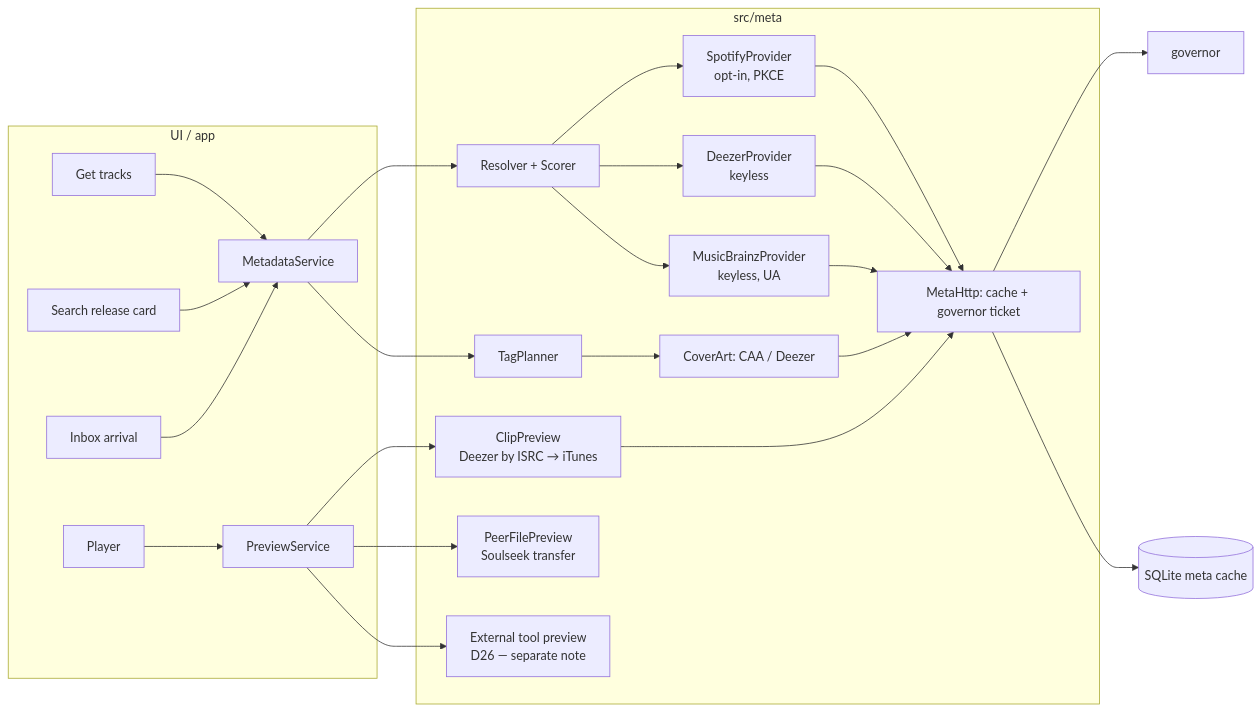
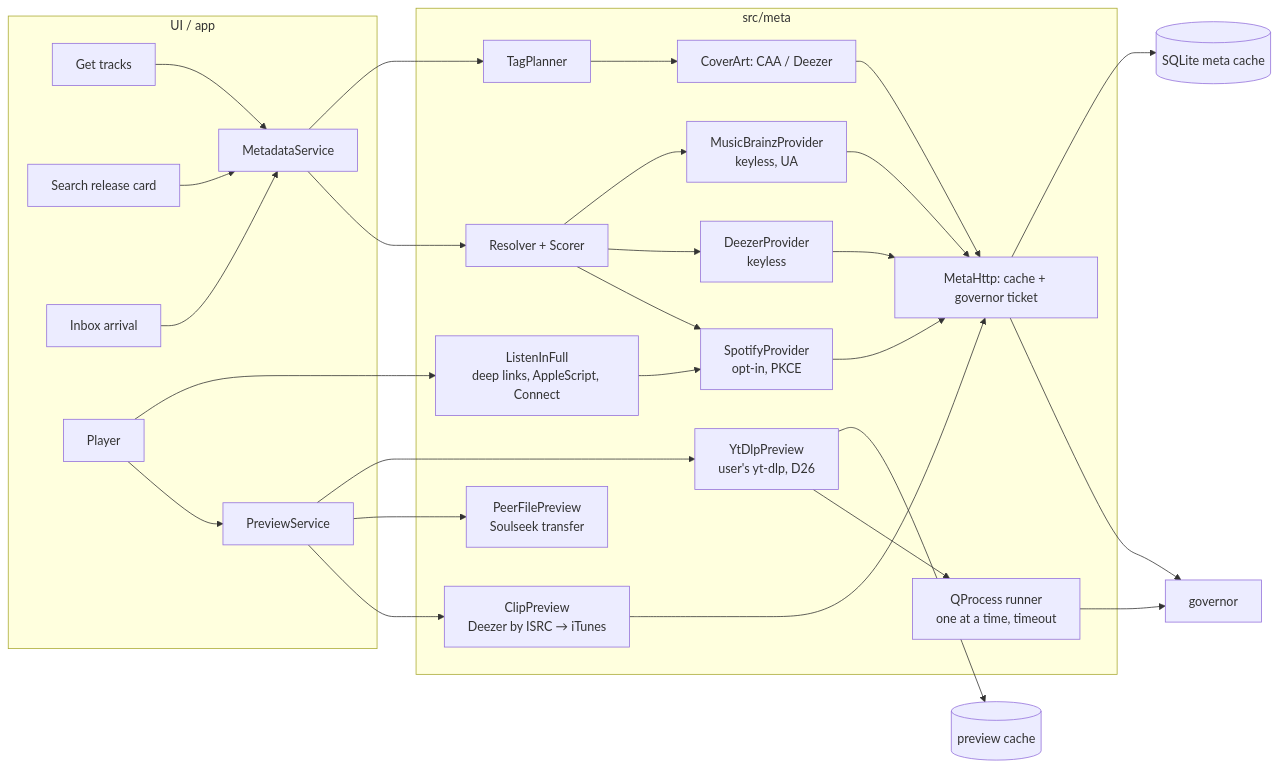
One commit to usr-ein/selecta changed the first of 2 diagrams in references/metadata-and-preview-services.md. Above: the diagram before and after it, drawn with Mermaid. The commit also changed other lines of this file, not shown here.

Commit message:
references: metadata-and-preview-services — implications updated: module design, budgets, TTLs, tag policies, privacy, risk, defaults, questions, experiments

````diff
--- a/references/metadata-and-preview-services.md
+++ b/references/metadata-and-preview-services.md
@@ -973,23 +973,28 @@
 ```mermaid
 flowchart LR
   subgraph app[UI / app]
     GT[Get tracks] --> MS
     SR[Search release card] --> MS
     IN[Inbox arrival] --> MS
     PL[Player] --> PS
   end
   subgraph meta[src/meta]
     MS[MetadataService] --> RES[Resolver + Scorer]
     RES --> SP[SpotifyProvider<br/>opt-in, PKCE]
     RES --> DZ[DeezerProvider<br/>keyless]
     RES --> MB[MusicBrainzProvider<br/>keyless, UA]
     MS --> TP[TagPlanner]
     TP --> CAA[CoverArt: CAA / Deezer]
     PS[PreviewService] --> CLIP[ClipPreview<br/>Deezer by ISRC → iTunes]
     PS --> PEER[PeerFilePreview<br/>Soulseek transfer]
-    PS --> EXT[External tool preview<br/>D26 — separate note]
+    PS --> YTP[YtDlpPreview<br/>user's yt-dlp, D26]
+    PL --> LIF[ListenInFull<br/>deep links, AppleScript, Connect]
+    LIF --> SP
     SP & DZ & MB & CAA & CLIP --> HC[MetaHttp: cache + governor ticket]
+    YTP --> PROC[QProcess runner<br/>one at a time, timeout]
   end
   HC --> GOV[governor]
+  PROC --> GOV
   HC --> DB[(SQLite meta cache)]
+  YTP --> PC[(preview cache)]
 ```
````
